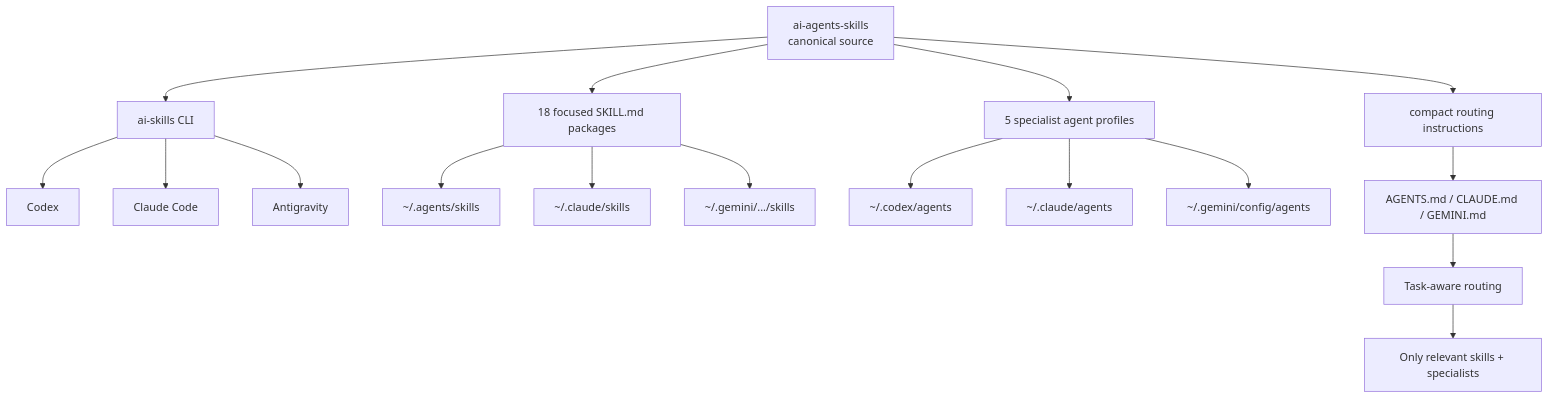
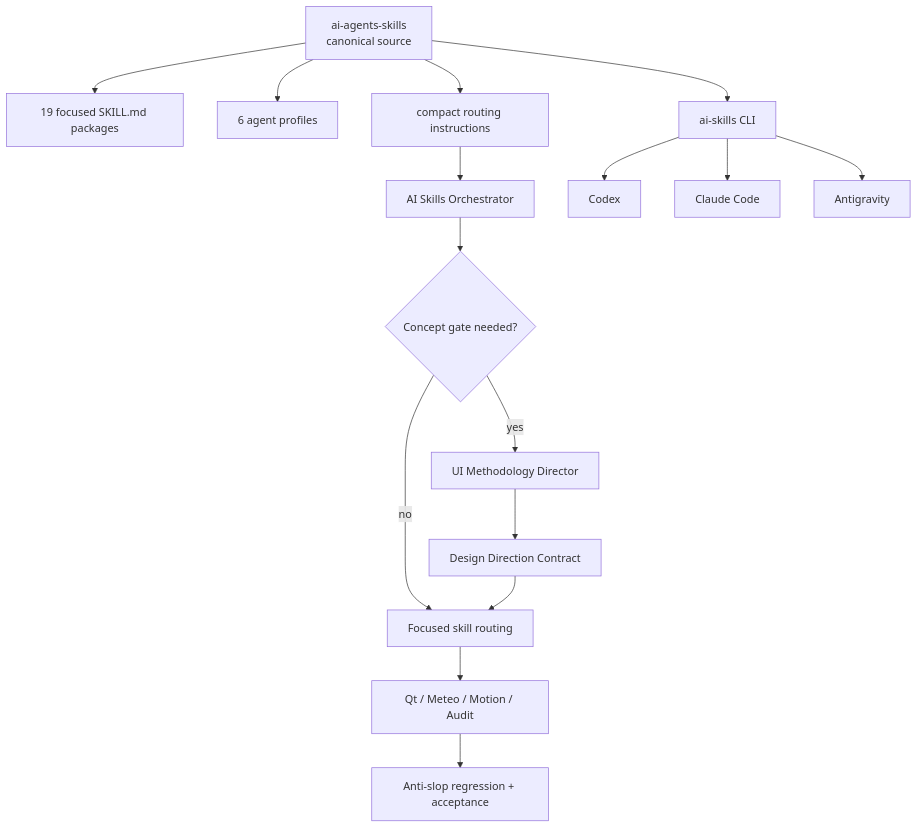
The second of 3 diagrams in README.md (f2re/ai-agents-skills), drawn with Mermaid before and after one commit. The commit also changed other lines of this file and 40 other files, not shown here.

First line of the commit message:
feat: add Anti-Slop UI Methodology Director

````diff
--- a/README.md
+++ b/README.md
@@ -225,25 +244,21 @@
 ```mermaid
 flowchart TB
     SRC[ai-agents-skills<br/>canonical source]
-
-    SRC --> SK[18 focused SKILL.md packages]
-    SRC --> AG[5 specialist agent profiles]
+    SRC --> SK[19 focused SKILL.md packages]
+    SRC --> AG[6 agent profiles]
     SRC --> RT[compact routing instructions]
     SRC --> CLI[ai-skills CLI]
+
+    RT --> ORCH[AI Skills Orchestrator]
+    ORCH --> CG{Concept gate needed?}
+    CG -- yes --> DIR[UI Methodology Director]
+    DIR --> CONTRACT[Design Direction Contract]
+    CG -- no --> SEL[Focused skill routing]
+    CONTRACT --> SEL
+    SEL --> DOMAIN[Qt / Meteo / Motion / Audit]
+    DOMAIN --> ACCEPT[Anti-slop regression + acceptance]
 
     CLI --> CX[Codex]
     CLI --> CL[Claude Code]
     CLI --> AN[Antigravity]
-
-    SK --> CXSK[~/.agents/skills]
-    SK --> CLSK[~/.claude/skills]
-    SK --> ANSK[~/.gemini/.../skills]
-
-    AG --> CXAG[~/.codex/agents]
-    AG --> CLAG[~/.claude/agents]
-    AG --> ANAG[~/.gemini/config/agents]
-
-    RT --> RULES[AGENTS.md / CLAUDE.md / GEMINI.md]
-    RULES --> ORCH[Task-aware routing]
-    ORCH --> SEL[Only relevant skills + specialists]
 ```
````
